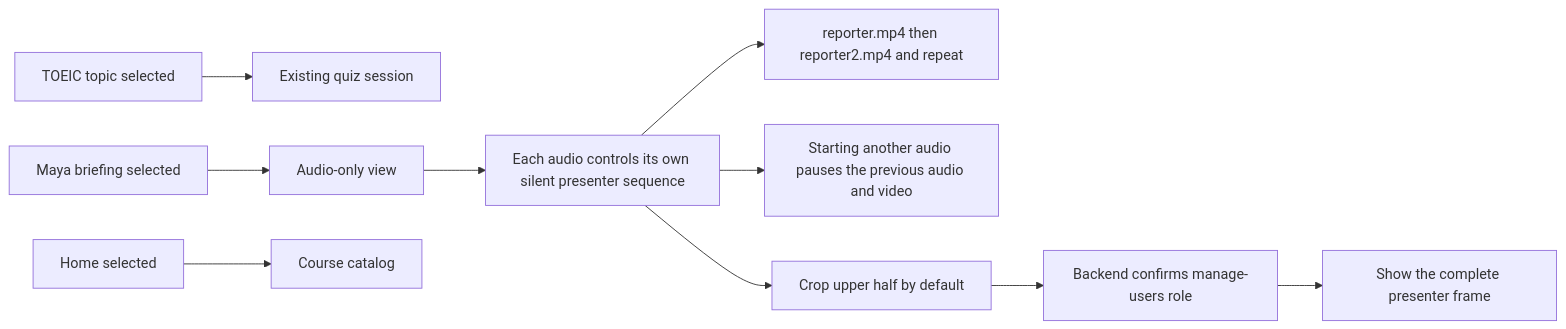
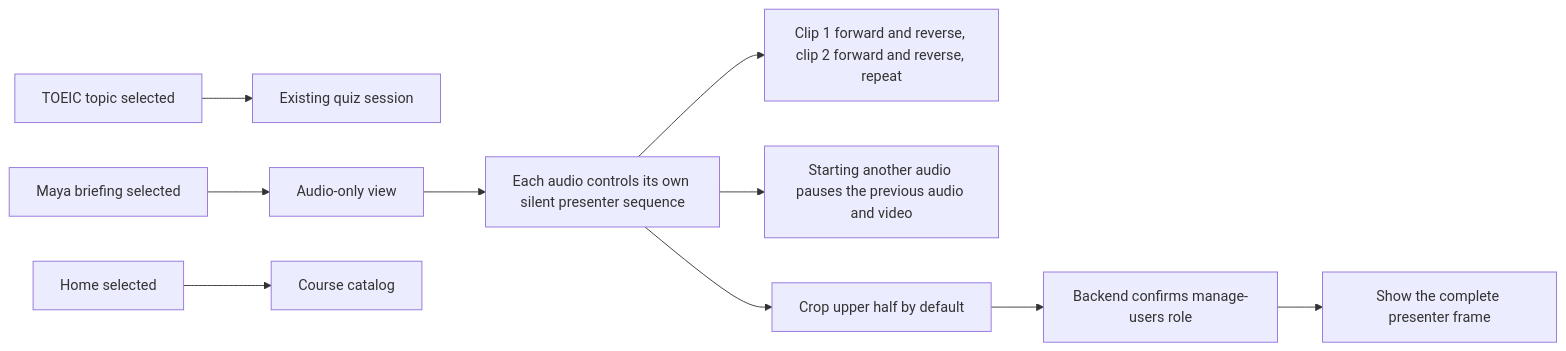
The second of 3 diagrams in docs/LEARNING_CATALOG.md (Vinskao/ty-multiverse), drawn with Mermaid before and after one commit. The commit also changed other lines of this file and 5 other files, not shown here.

````diff
--- a/docs/LEARNING_CATALOG.md
+++ b/docs/LEARNING_CATALOG.md
@@ -36,12 +36,12 @@
 ```mermaid
 flowchart LR
   A[TOEIC topic selected] --> B[Existing quiz session]
   C[Maya briefing selected] --> D[Audio-only view]
   D --> G[Each audio controls its own silent presenter sequence]
-  G --> L[reporter.mp4 then reporter2.mp4 and repeat]
+  G --> L[Clip 1 forward and reverse, clip 2 forward and reverse, repeat]
   G --> H[Starting another audio pauses the previous audio and video]
   G --> I[Crop upper half by default]
   I --> J[Backend confirms manage-users role]
   J --> K[Show the complete presenter frame]
   E[Home selected] --> F[Course catalog]
 ```
````
